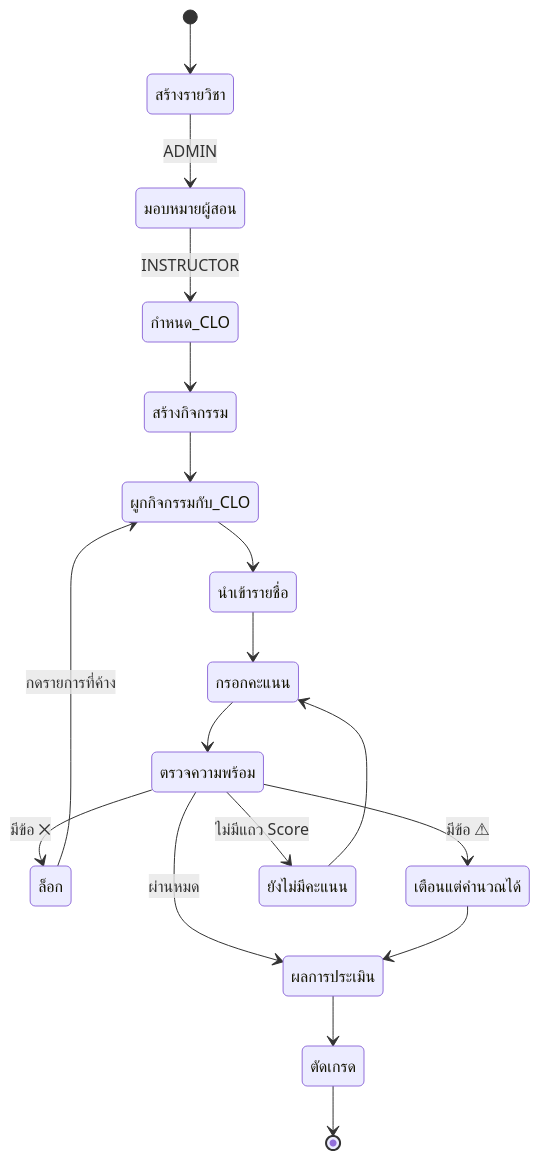
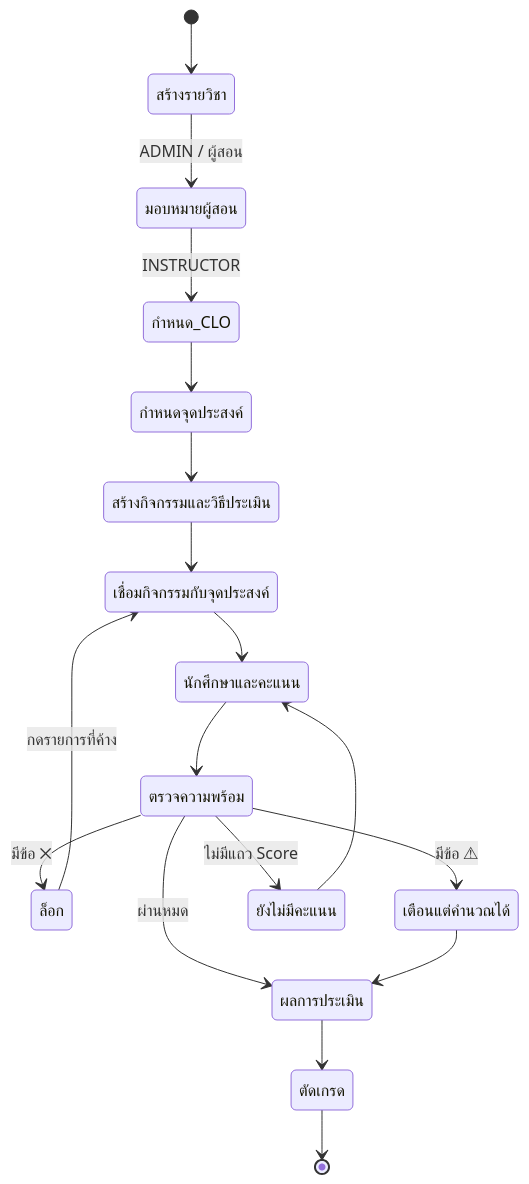
The fifth of 11 diagrams in docs/uml/index-q/index-q-architecture.md (SIET-KMITL-INCEPTIO/CMAS-CLO), drawn with Mermaid before and after one commit. The commit also changed other lines of this file and 37 other files, not shown here.

First line of the commit message:
Refactor UML and ER diagrams for improved accuracy and clarity

````diff
--- a/docs/uml/index-q/index-q-architecture.md
+++ b/docs/uml/index-q/index-q-architecture.md
@@ -291,23 +328,23 @@
 ```mermaid
 stateDiagram-v2
     [*] --> สร้างรายวิชา
-    สร้างรายวิชา --> มอบหมายผู้สอน : ADMIN
+    สร้างรายวิชา --> มอบหมายผู้สอน : ADMIN / ผู้สอน
     มอบหมายผู้สอน --> กำหนด_CLO : INSTRUCTOR
-    กำหนด_CLO --> สร้างกิจกรรม
-    สร้างกิจกรรม --> ผูกกิจกรรมกับ_CLO
-    ผูกกิจกรรมกับ_CLO --> นำเข้ารายชื่อ
-    นำเข้ารายชื่อ --> กรอกคะแนน
-    กรอกคะแนน --> ตรวจความพร้อม
+    กำหนด_CLO --> กำหนดจุดประสงค์
+    กำหนดจุดประสงค์ --> สร้างกิจกรรมและวิธีประเมิน
+    สร้างกิจกรรมและวิธีประเมิน --> เชื่อมกิจกรรมกับจุดประสงค์
+    เชื่อมกิจกรรมกับจุดประสงค์ --> นักศึกษาและคะแนน
+    นักศึกษาและคะแนน --> ตรวจความพร้อม
 
     state ตรวจความพร้อม <<choice>>
     ตรวจความพร้อม --> ล็อก : มีข้อ ✕
     ตรวจความพร้อม --> เตือนแต่คำนวณได้ : มีข้อ ⚠
     ตรวจความพร้อม --> ยังไม่มีคะแนน : ไม่มีแถว Score
     ตรวจความพร้อม --> ผลการประเมิน : ผ่านหมด
 
-    ล็อก --> ผูกกิจกรรมกับ_CLO : กดรายการที่ค้าง
-    ยังไม่มีคะแนน --> กรอกคะแนน
+    ล็อก --> เชื่อมกิจกรรมกับจุดประสงค์ : กดรายการที่ค้าง
+    ยังไม่มีคะแนน --> นักศึกษาและคะแนน
     เตือนแต่คำนวณได้ --> ผลการประเมิน
     ผลการประเมิน --> ตัดเกรด
     ตัดเกรด --> [*]
 ```
````
